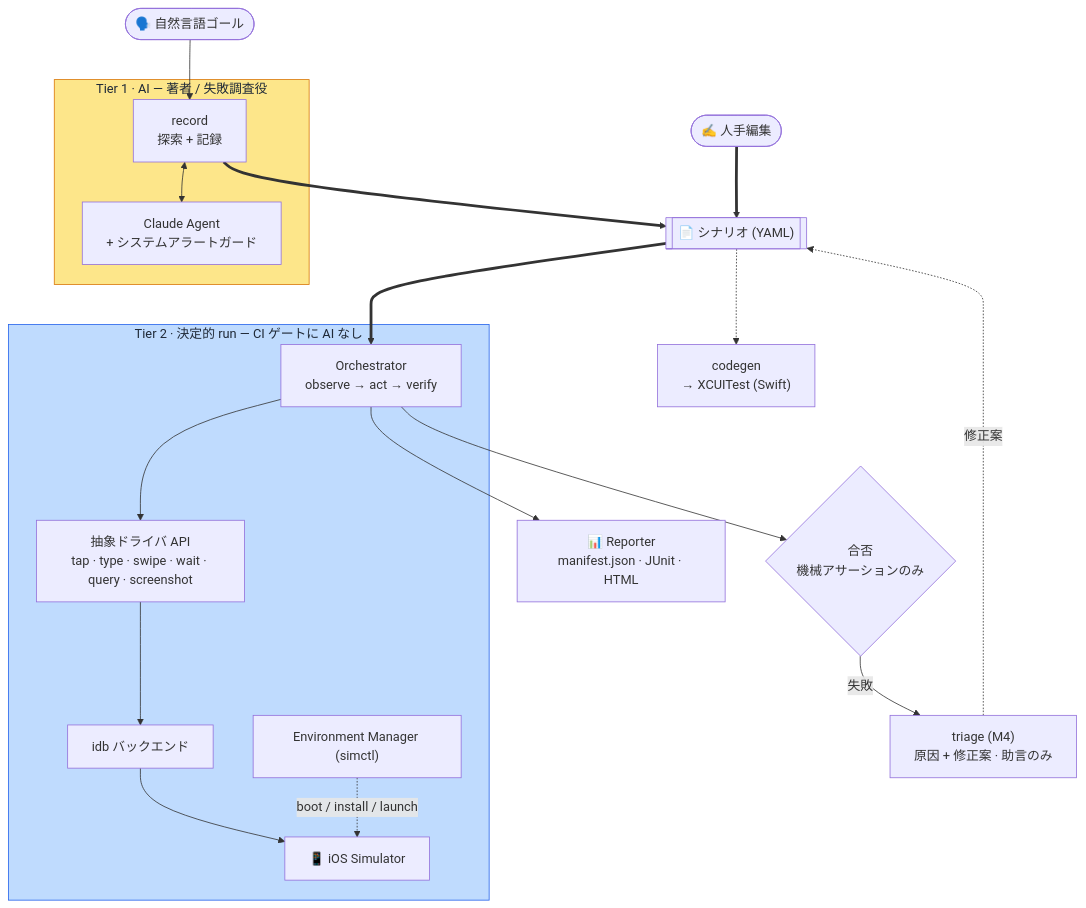
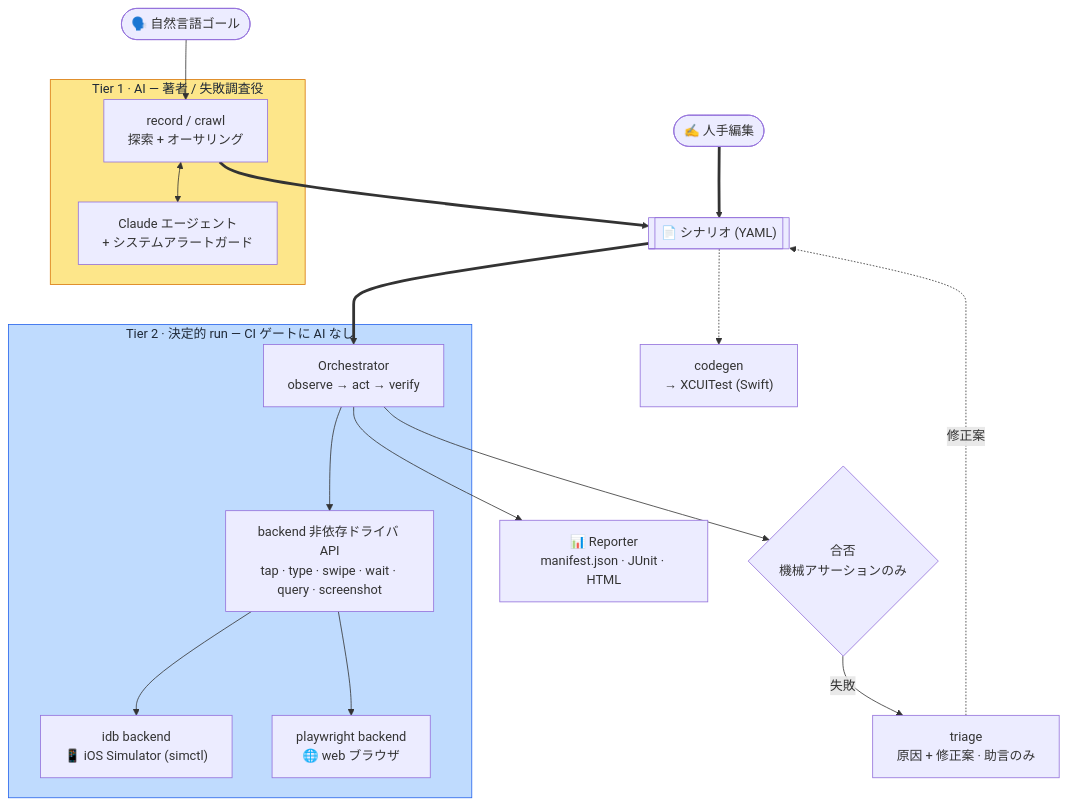
One commit to bajutsu-e2e/bajutsu changed the diagram in README.ja.md. Above: the diagram before and after it, drawn with Mermaid. The commit also changed other lines of this file and 34 other files, not shown here.

````diff
--- a/README.ja.md
+++ b/README.ja.md
@@ -50,42 +62,42 @@
 ```mermaid
 flowchart TB
     goal(["🗣️ 自然言語ゴール"])
     hand(["✍️ 人手編集"])
     scenario[["📄 シナリオ (YAML)"]]
 
     subgraph tier1["Tier 1 · AI — 著者 / 失敗調査役"]
-        record["record<br/>探索 + 記録"]
-        agent["Claude Agent<br/>+ システムアラートガード"]
+        record["record / crawl<br/>探索 + オーサリング"]
+        agent["Claude エージェント<br/>+ システムアラートガード"]
         record <--> agent
     end
 
     subgraph tier2["Tier 2 · 決定的 run — CI ゲートに AI なし"]
         orch["Orchestrator<br/>observe → act → verify"]
-        driver["抽象ドライバ API<br/>tap · type · swipe · wait · query · screenshot"]
-        idb["idb バックエンド"]
-        sim["📱 iOS Simulator"]
-        env["Environment Manager (simctl)"]
-        orch --> driver --> idb --> sim
-        env -.->|boot / install / launch| sim
+        driver["backend 非依存ドライバ API<br/>tap · type · swipe · wait · query · screenshot"]
+        idb["idb backend<br/>📱 iOS Simulator (simctl)"]
+        pw["playwright backend<br/>🌐 web ブラウザ"]
+        orch --> driver
+        driver --> idb
+        driver --> pw
     end
 
     verdict{"合否<br/>機械アサーションのみ"}
     report["📊 Reporter<br/>manifest.json · JUnit · HTML"]
     codegen["codegen<br/>→ XCUITest (Swift)"]
-    triage["triage (M4)<br/>原因 + 修正案 · 助言のみ"]
+    triage["triage<br/>原因 + 修正案 · 助言のみ"]
 
     goal --> record
     record ==> scenario
     hand ==> scenario
     scenario ==> orch
     scenario -.-> codegen
     orch --> verdict
     orch --> report
     verdict -->|失敗| triage
     triage -.->|修正案| scenario
 
     classDef ai fill:#fde68a,stroke:#d97706,color:#1f2937;
     classDef det fill:#bfdbfe,stroke:#2563eb,color:#1f2937;
     class tier1 ai
     class tier2 det
 ```
````
